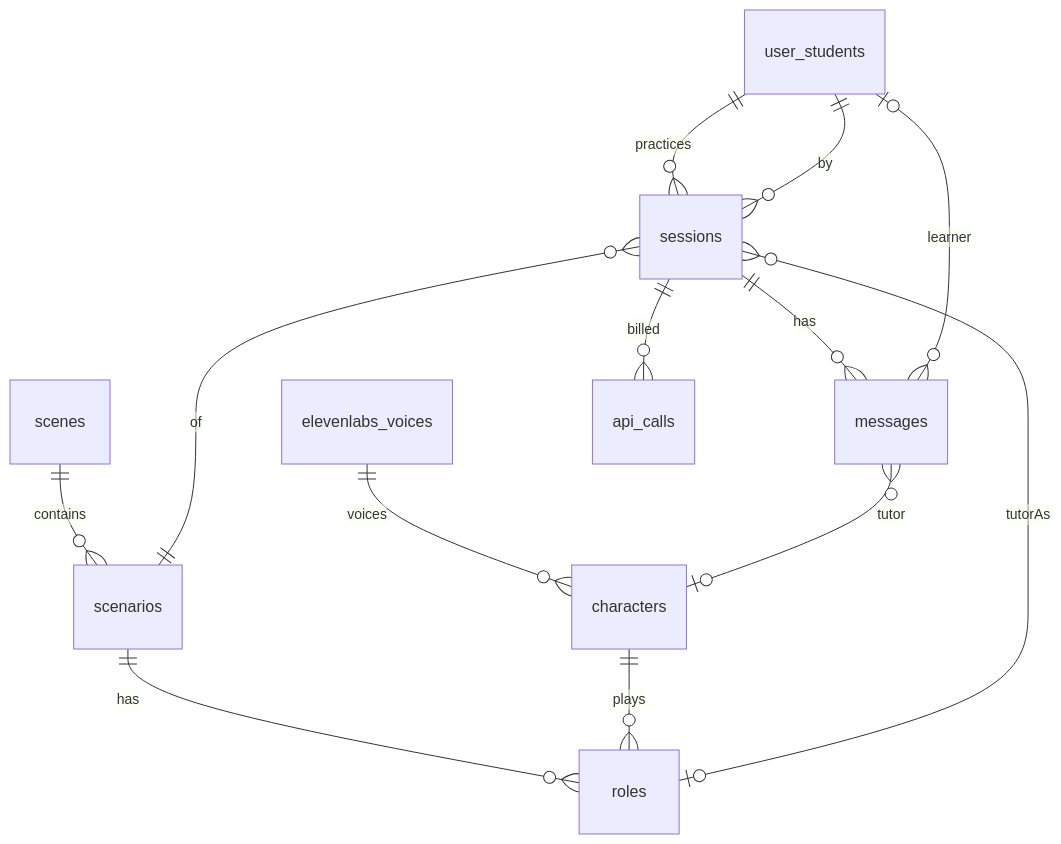
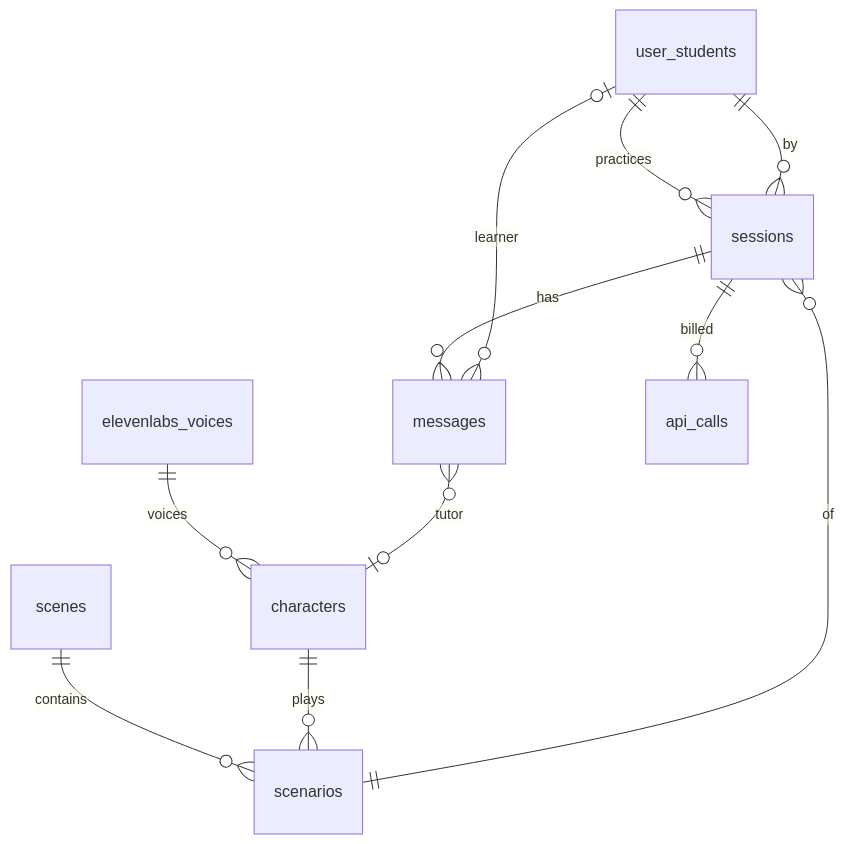
The diagram in docs/DATA.md (boris410/Fluently), drawn with Mermaid before and after one commit. The commit also changed other lines of this file and 21 other files, not shown here.

Commit message:
調整-schema & init data

````diff
--- a/docs/DATA.md
+++ b/docs/DATA.md
@@ -165,15 +183,13 @@
 ```mermaid
 erDiagram
   user_students ||--o{ sessions : practices
   scenes ||--o{ scenarios : contains
-  scenarios ||--o{ roles : has
-  characters ||--o{ roles : plays
+  characters ||--o{ scenarios : plays
   elevenlabs_voices ||--o{ characters : voices
   sessions }o--|| scenarios : of
   sessions }o--|| user_students : by
-  sessions }o--o| roles : tutorAs
   sessions ||--o{ messages : has
   sessions ||--o{ api_calls : billed
   messages }o--o| user_students : learner
   messages }o--o| characters : tutor
 ```
````
